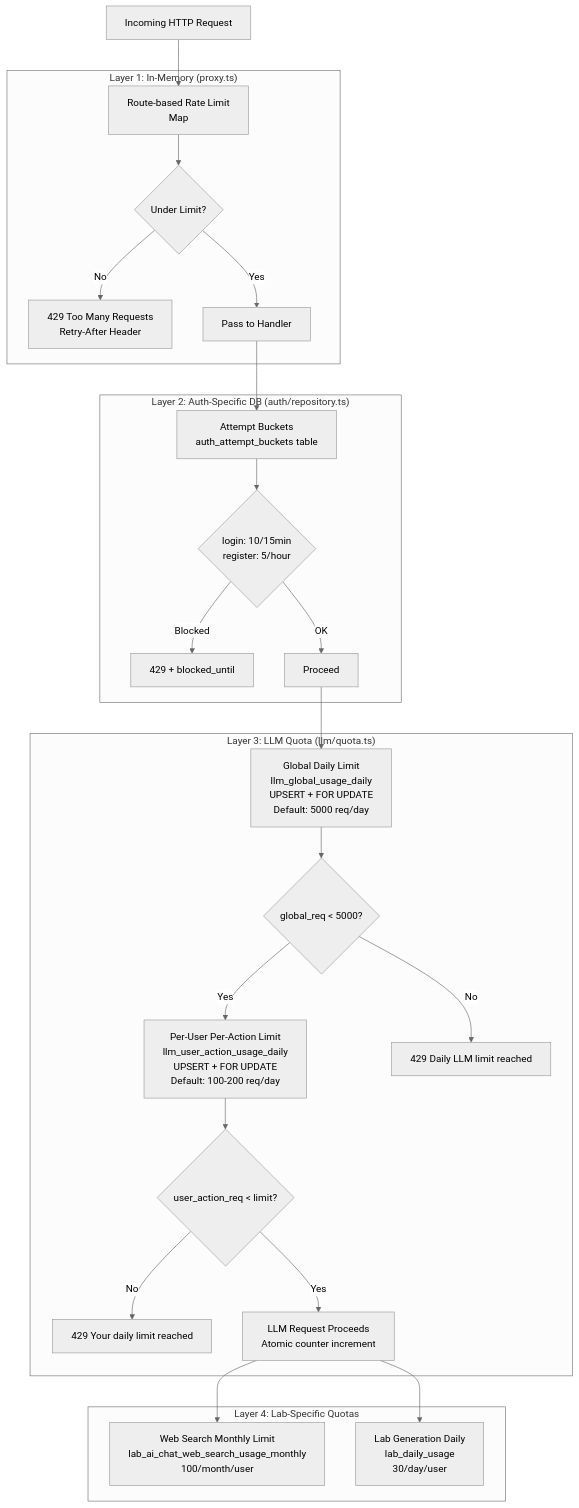
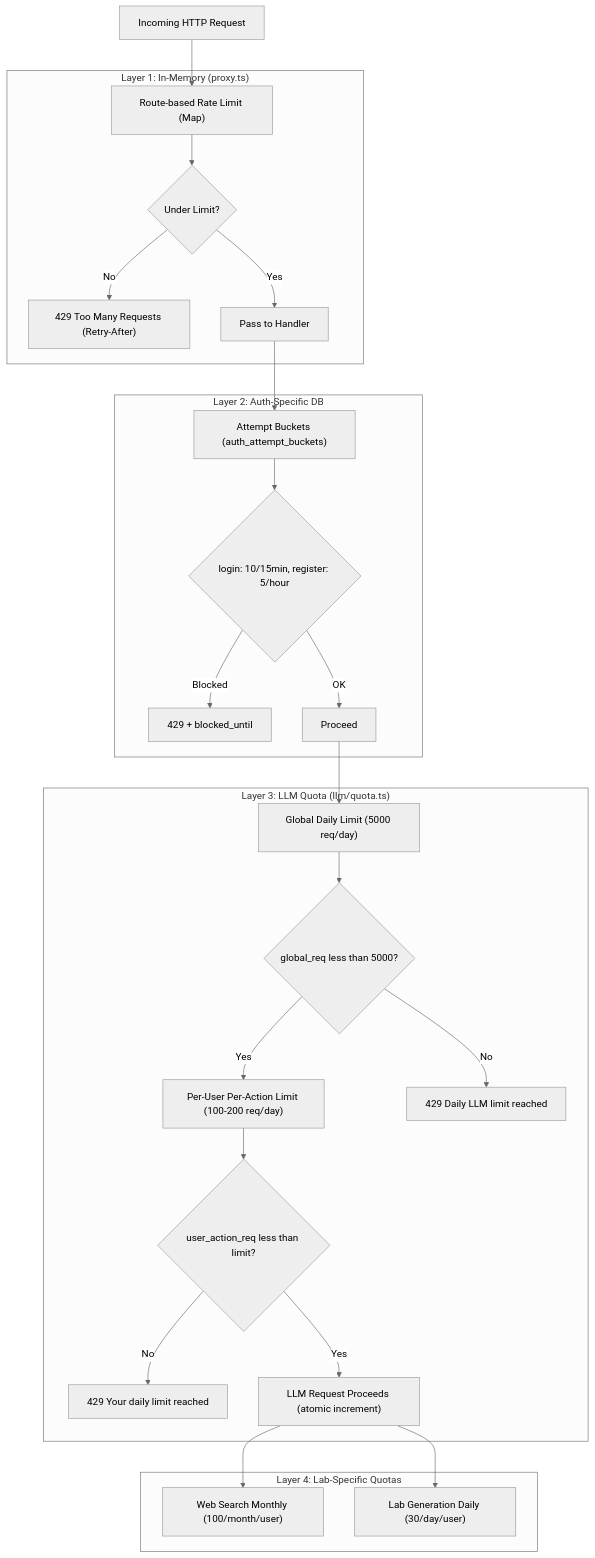
Before and after one commit to kim0040/Nadeulhae: diagram 12 of 17 in docs/ARCHITECTURE_UML.md, drawn with Mermaid (neutral theme). The commit also changed other lines of this file, not shown here.

Commit message:
fix(docs): fix Mermaid syntax errors in UML diagrams (invalid types, special chars)

````diff
--- a/docs/ARCHITECTURE_UML.md
+++ b/docs/ARCHITECTURE_UML.md
@@ -1118,45 +1156,45 @@
 ```mermaid
 flowchart TD
     REQ["Incoming HTTP Request"]
 
-    subgraph "Layer 1: In-Memory (proxy.ts)"
-        L1_RATE["Route-based Rate Limit<br/>Map<IP, Bucket>"]
+    subgraph L1["Layer 1: In-Memory (proxy.ts)"]
+        L1_RATE["Route-based Rate Limit (Map)"]
         L1_RATE --> L1_CHECK{"Under Limit?"}
-        L1_CHECK -->|No| L1_429["429 Too Many Requests<br/>Retry-After Header"]
-        L1_CHECK -->|Yes| L1_PASS["Pass to Handler"]
+        L1_CHECK -->|"No"| L1_429["429 Too Many Requests (Retry-After)"]
+        L1_CHECK -->|"Yes"| L1_PASS["Pass to Handler"]
     end
 
     REQ --> L1_RATE
 
-    subgraph "Layer 2: Auth-Specific DB (auth/repository.ts)"
-        L2_RATE["Attempt Buckets<br/>auth_attempt_buckets table"]
-        L2_RATE --> L2_CHECK{"login: 10/15min<br/>register: 5/hour"}
-        L2_CHECK -->|Blocked| L2_429["429 + blocked_until"]
-        L2_CHECK -->|OK| L2_PASS["Proceed"]
+    subgraph L2["Layer 2: Auth-Specific DB"]
+        L2_RATE["Attempt Buckets (auth_attempt_buckets)"]
+        L2_RATE --> L2_CHECK{"login: 10/15min, register: 5/hour"}
+        L2_CHECK -->|"Blocked"| L2_429["429 + blocked_until"]
+        L2_CHECK -->|"OK"| L2_PASS["Proceed"]
     end
 
     L1_PASS --> L2_RATE
 
-    subgraph "Layer 3: LLM Quota (llm/quota.ts)"
-        L3_GLOBAL["Global Daily Limit<br/>llm_global_usage_daily<br/>UPSERT + FOR UPDATE<br/>Default: 5000 req/day"]
-        L3_USER["Per-User Per-Action Limit<br/>llm_user_action_usage_daily<br/>UPSERT + FOR UPDATE<br/>Default: 100-200 req/day"]
+    subgraph L3["Layer 3: LLM Quota (llm/quota.ts)"]
+        L3_GLOBAL["Global Daily Limit (5000 req/day)"]
+        L3_USER["Per-User Per-Action Limit (100-200 req/day)"]
         
-        L3_GLOBAL --> L3_CHECK{"global_req < 5000?"}
-        L3_CHECK -->|No| L3_429["429 Daily LLM limit reached"]
-        L3_CHECK -->|Yes| L3_USER
+        L3_GLOBAL --> L3_CHECK{"global_req less than 5000?"}
+        L3_CHECK -->|"No"| L3_429["429 Daily LLM limit reached"]
+        L3_CHECK -->|"Yes"| L3_USER
         
-        L3_USER --> L3_UCHECK{"user_action_req < limit?"}
-        L3_UCHECK -->|No| L3_429_USER["429 Your daily limit reached"]
-        L3_UCHECK -->|Yes| L3_ALLOW["LLM Request Proceeds<br/>Atomic counter increment"]
+        L3_USER --> L3_UCHECK{"user_action_req less than limit?"}
+        L3_UCHECK -->|"No"| L3_429_USER["429 Your daily limit reached"]
+        L3_UCHECK -->|"Yes"| L3_ALLOW["LLM Request Proceeds (atomic increment)"]
     end
 
     L2_PASS --> L3_GLOBAL
 
-    subgraph "Layer 4: Lab-Specific Quotas"
-        L4_WEB["Web Search Monthly Limit<br/>lab_ai_chat_web_search_usage_monthly<br/>100/month/user"]
-        L4_LAB["Lab Generation Daily<br/>lab_daily_usage<br/>30/day/user"]
+    subgraph L4["Layer 4: Lab-Specific Quotas"]
+        L4_WEB["Web Search Monthly (100/month/user)"]
+        L4_LAB["Lab Generation Daily (30/day/user)"]
     end
 
     L3_ALLOW --> L4_WEB
     L3_ALLOW --> L4_LAB
 ```
````
